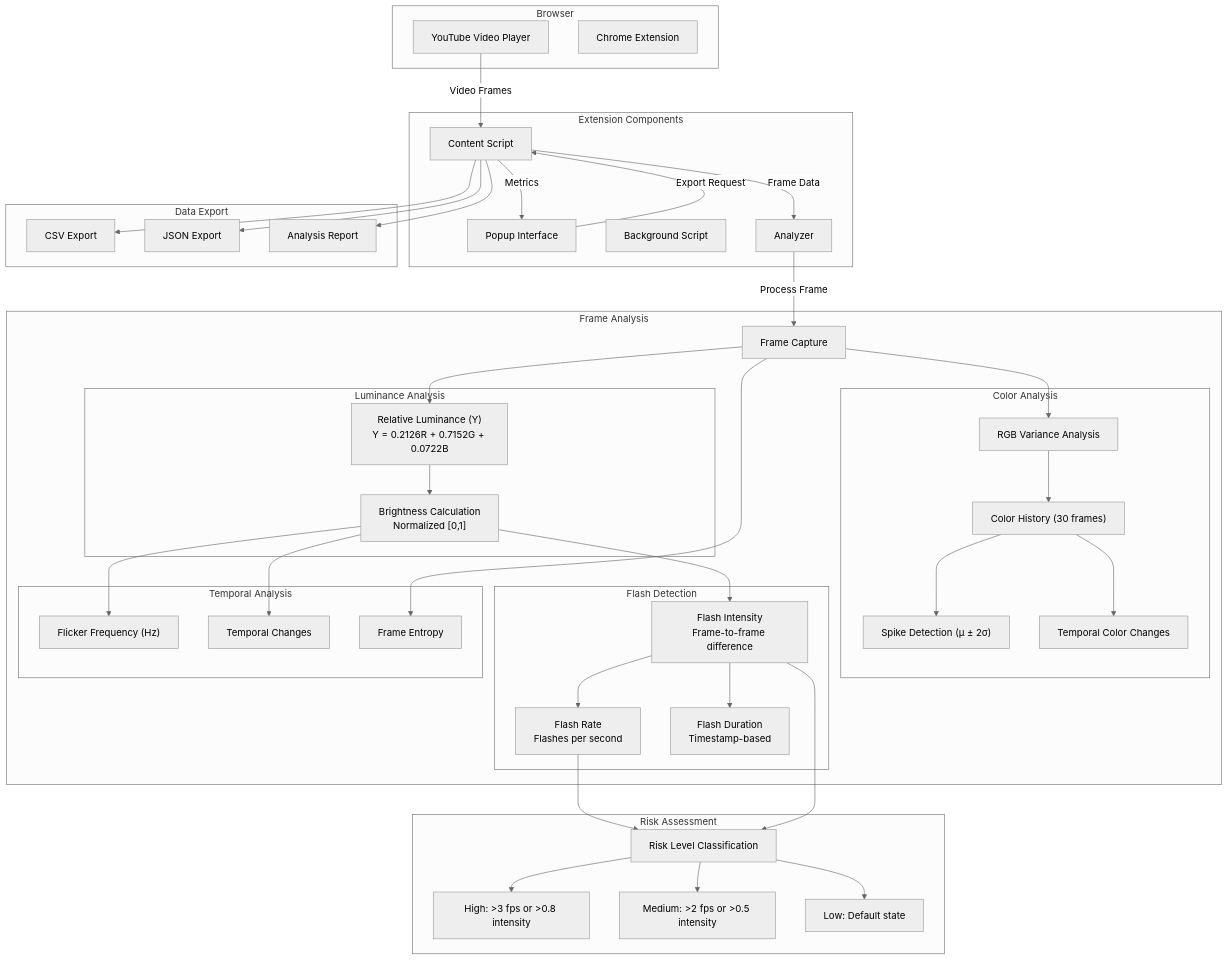
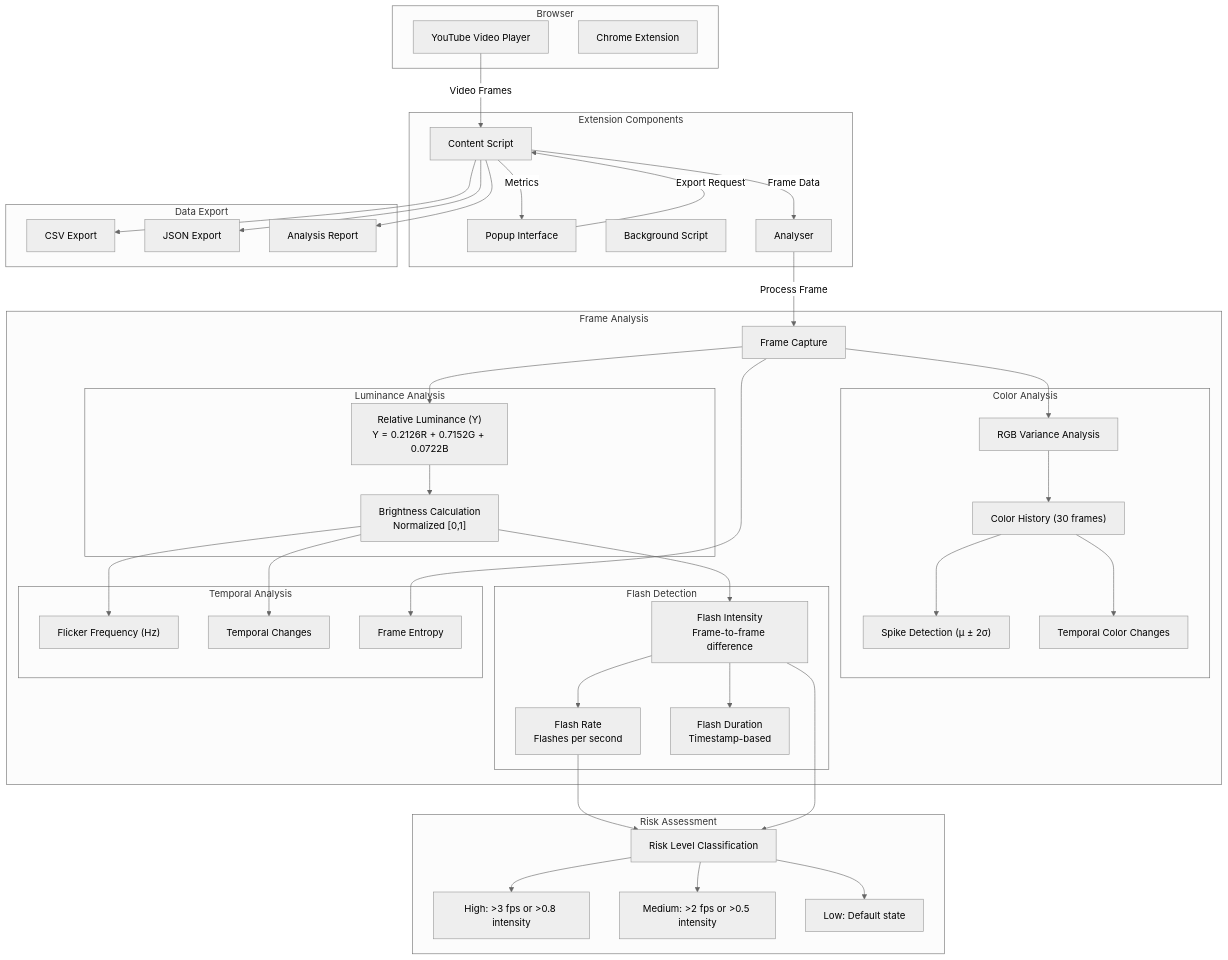
One commit to Pi-0r-Tau/EPI-LENS changed the diagram in README.md. Above: the diagram before and after it, drawn with Mermaid (neutral theme).

```diff
--- a/README.md
+++ b/README.md
@@ -15,7 +15,7 @@
         PP[Popup Interface]
         BG[Background Script]
         CS[Content Script]
-        AN[Analyzer]
+        AN[Analyser]
     end
 
     subgraph Frame Analysis
```
